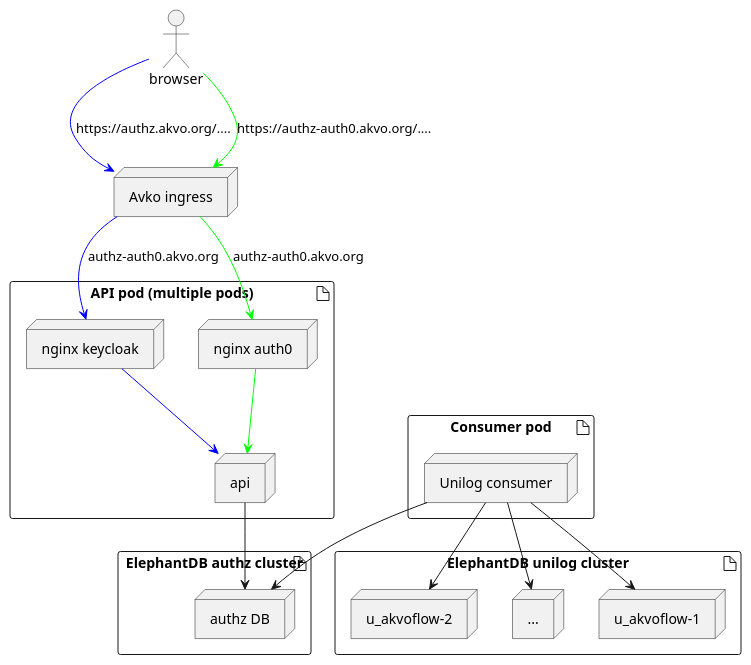
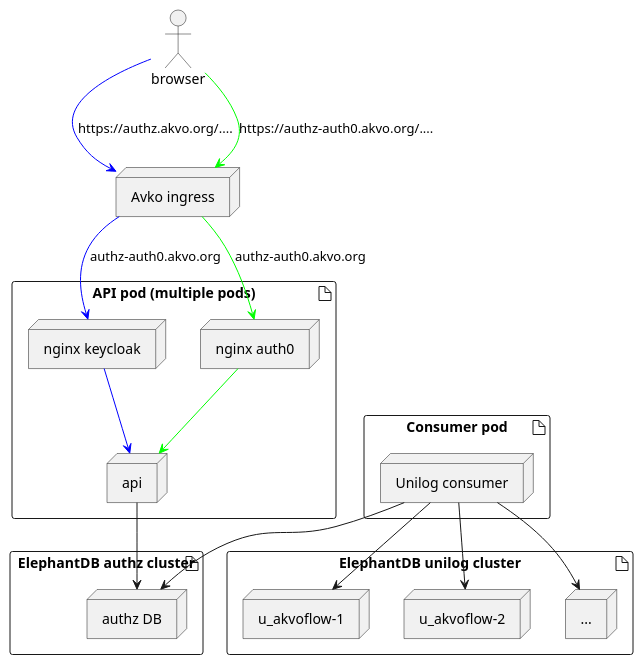
The diagram in doc/architecture.puml (akvo/akvo-authorization), drawn with PlantUML before and after one commit. The commit also changed other lines of this file, not shown here.

```diff
--- a/doc/architecture.puml
+++ b/doc/architecture.puml
@@ -1,44 +1,44 @@
 @startuml
 
 artifact db as "ElephantDB authz cluster" {
     node authzdb as "authz DB"
 }
 
 artifact db2 as "ElephantDB unilog cluster" {
 
+    node unilog1 as "u_akvoflow-1"
     node unilog2 as "u_akvoflow-2"
     node unilog3 as "..."
-    node unilog1 as "u_akvoflow-1"
 }
 
 artifact api_pod as "API pod (multiple pods)" {
 
     node kc as "nginx keycloak"
     node auth0 as "nginx auth0"
 
     node api as "api"
 
     api --> authzdb
 
     auth0 -[#00FF00]-> api
     kc -[#0000FF]-> api
 
 }
 
 artifact consumer_pod as "Consumer pod" {
     node consumer as "Unilog consumer"
     consumer --> authzdb
     consumer --> unilog1
     consumer --> unilog2
     consumer --> unilog3
 }
 
 actor browser
 node ingress as "Avko ingress"
 browser -[#0000FF]-> ingress : https://authz.akvo.org/....
 browser -[#00FF00]-> ingress : https://authz-auth0.akvo.org/....
 ingress -[#0000FF]-> kc : authz-auth0.akvo.org
 ingress -[#00FF00]-> auth0 : authz-auth0.akvo.org
 
 
 @enduml
```
